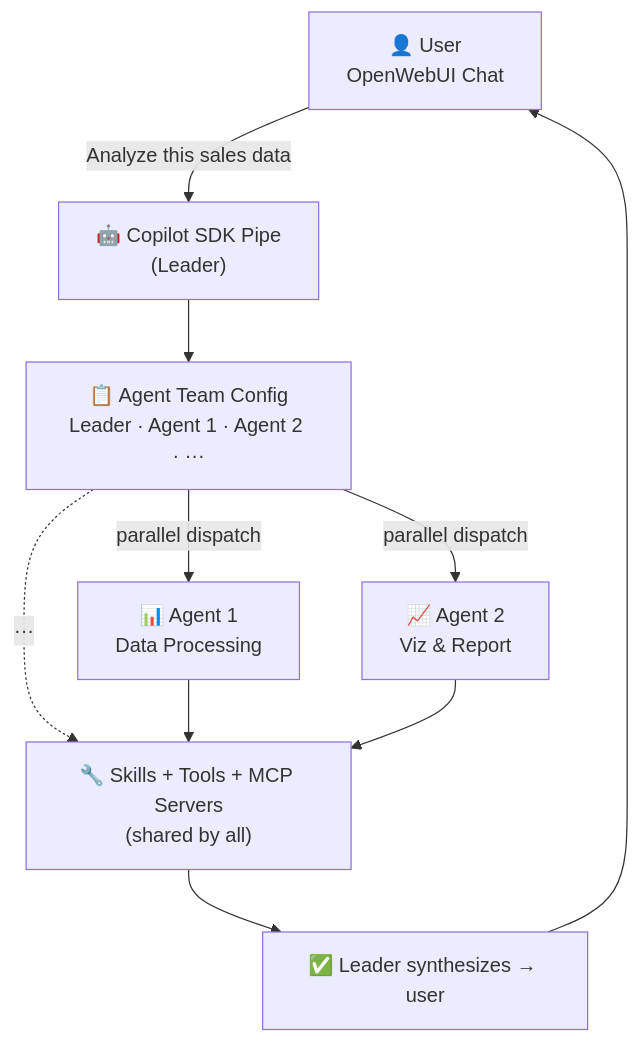
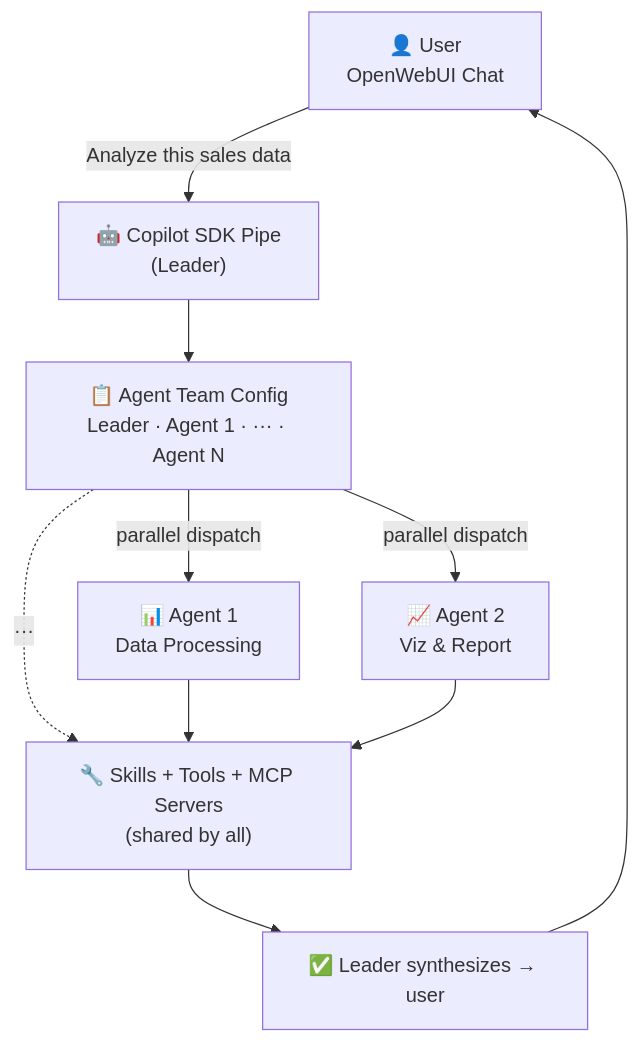
One commit to MarceloMassarente/openwebui-extensions changed the diagram in plugins/pipes/github-copilot-sdk/community_post.md. Above: the diagram before and after it, drawn with Mermaid. The commit also changed 1 other file, not shown here.

Commit message:
docs(github-copilot-sdk): label final agent slot as Agent N in Mermaid diagram

````diff
--- a/plugins/pipes/github-copilot-sdk/community_post.md
+++ b/plugins/pipes/github-copilot-sdk/community_post.md
@@ -28,20 +28,20 @@
 ```mermaid
 flowchart TD
     User["👤 User<br/>OpenWebUI Chat"]
     Pipe["🤖 Copilot SDK Pipe<br/>(Leader)"]
-    Config["📋 Agent Team Config<br/>Leader · Agent 1 · Agent 2 · ···"]
+    Config["📋 Agent Team Config<br/>Leader · Agent 1 · ··· · Agent N"]
     A1["📊 Agent 1<br/>Data Processing"]
     A2["📈 Agent 2<br/>Viz & Report"]
     Tools["🔧 Skills + Tools + MCP Servers<br/>(shared by all)"]
     Result["✅ Leader synthesizes → user"]
 
     User -->|"Analyze this sales data"| Pipe
     Pipe --> Config
     Config -->|"parallel dispatch"| A1
     Config -->|"parallel dispatch"| A2
     Config -.->|"···"| Tools
     A1 --> Tools
     A2 --> Tools
     Tools --> Result
     Result --> User
 ```
````
